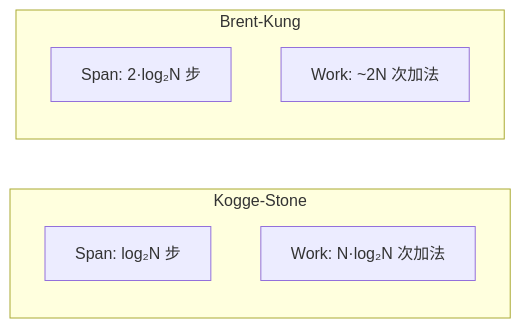
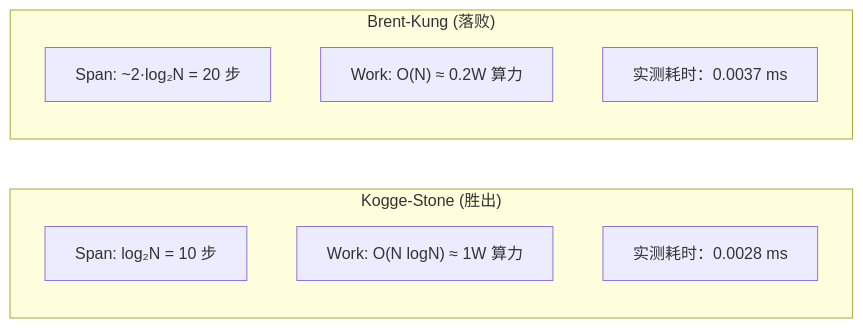
Before and after one commit to psmarter/CUDA-Practice: the first of 3 diagrams in Blogs/03_Scan_Kogge_Stone_and_MultiBlock.md, drawn with Mermaid. The commit also changed other lines of this file and 14 other files, not shown here.

````diff
--- a/Blogs/03_Scan_Kogge_Stone_and_MultiBlock.md
+++ b/Blogs/03_Scan_Kogge_Stone_and_MultiBlock.md
@@ -89,11 +133,13 @@
 ```mermaid
 graph LR
-    subgraph "Kogge-Stone"
-        KS_SPAN["Span: log₂N 步"]
-        KS_WORK["Work: N·log₂N 次加法"]
+    subgraph "Kogge-Stone (胜出)"
+        KS_SPAN["Span: log₂N = 10 步"]
+        KS_WORK["Work: O(N logN) ≈ 1W 算力"]
+        KS_RES["实测耗时：0.0028 ms"]
     end
-    subgraph "Brent-Kung"
-        BK_SPAN["Span: 2·log₂N 步"]
-        BK_WORK["Work: ~2N 次加法"]
+    subgraph "Brent-Kung (落败)"
+        BK_SPAN["Span: ~2·log₂N = 20 步"]
+        BK_WORK["Work: O(N) ≈ 0.2W 算力"]
+        BK_RES["实测耗时：0.0037 ms"]
     end
 ```
````
